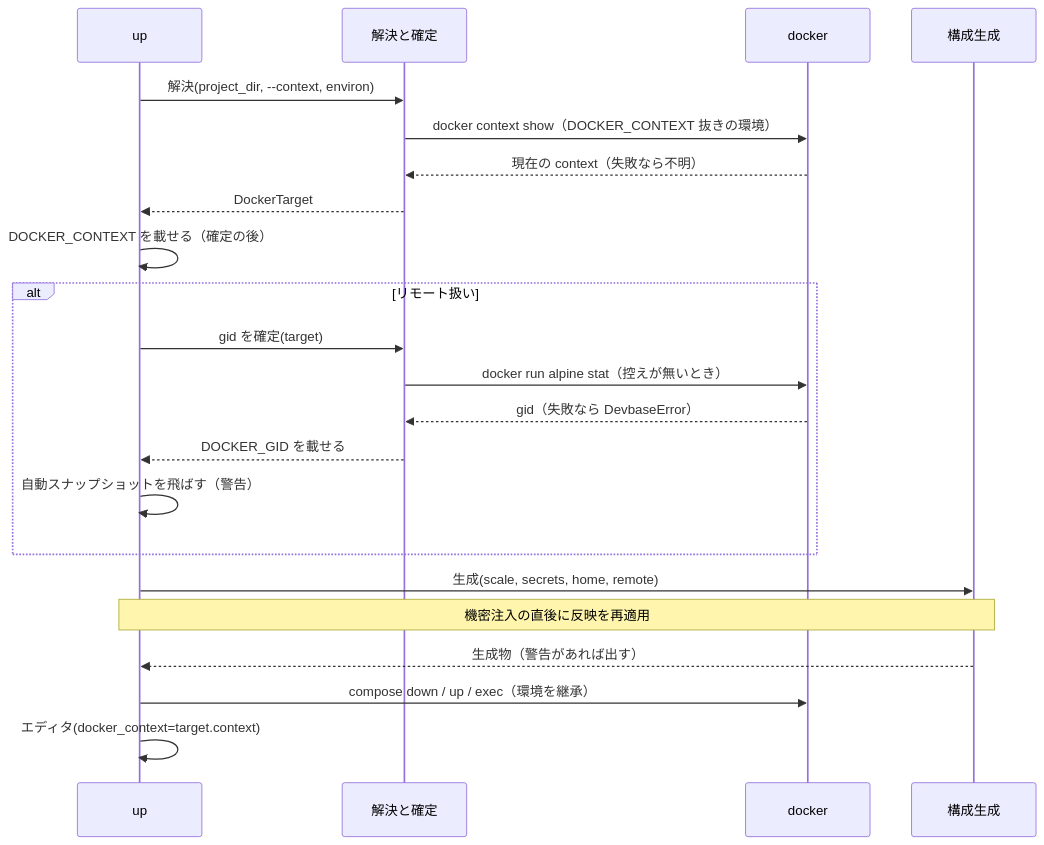
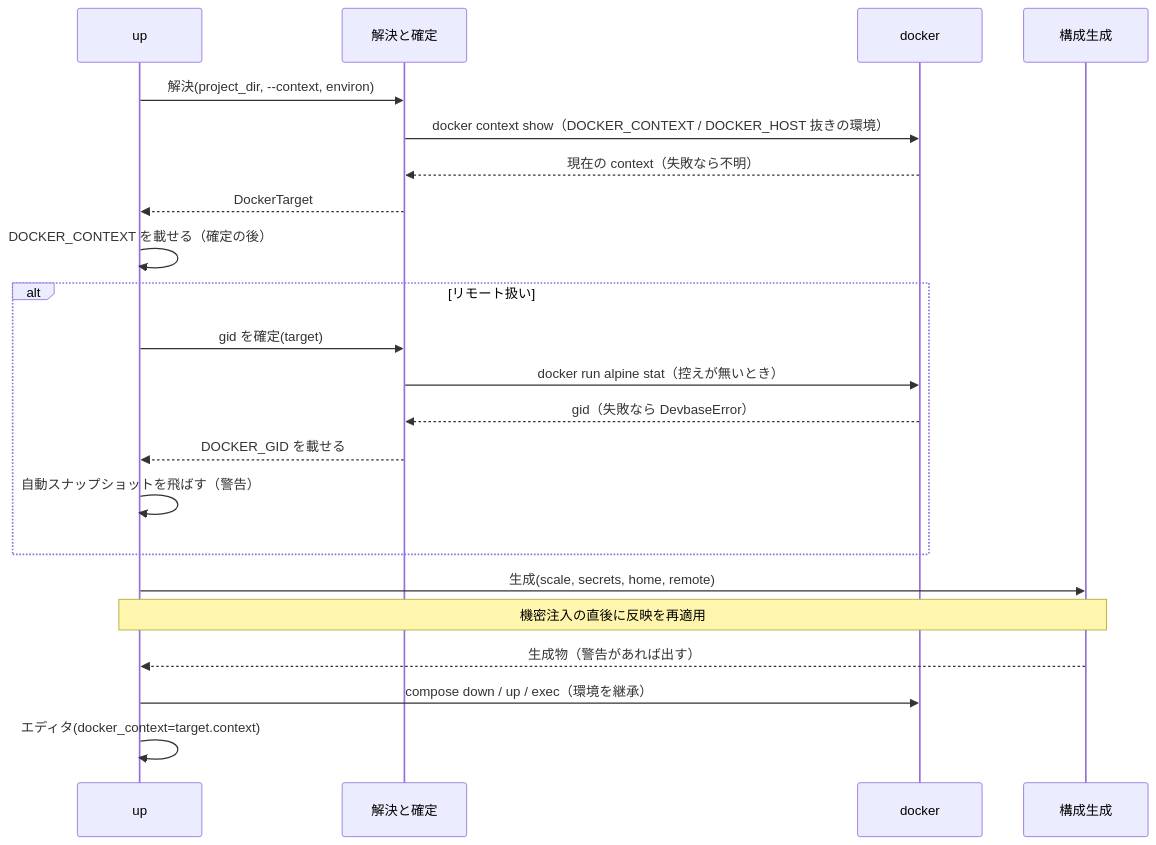
The sixth of 7 diagrams in issues/PLAN52_remote-docker-context-design.md (devbasex/devbase), drawn with Mermaid before and after one commit. The commit also changed other lines of this file and 2 other files, not shown here.

First line of the commit message:
docs(PLAN52): レビュー指摘を反映 (問い合わせ環境から DOCKER_HOST も外す・再適用の責務・呼び出し回数の条件)

````diff
--- a/issues/PLAN52_remote-docker-context-design.md
+++ b/issues/PLAN52_remote-docker-context-design.md
@@ -313,24 +313,24 @@
 ```mermaid
 sequenceDiagram
     participant U as up
     participant R as 解決と確定
     participant D as docker
     participant C as 構成生成
     U->>R: 解決(project_dir, --context, environ)
-    R->>D: docker context show（DOCKER_CONTEXT 抜きの環境）
+    R->>D: docker context show（DOCKER_CONTEXT / DOCKER_HOST 抜きの環境）
     D-->>R: 現在の context（失敗なら不明）
     R-->>U: DockerTarget
     U->>U: DOCKER_CONTEXT を載せる（確定の後）
     alt リモート扱い
         U->>R: gid を確定(target)
         R->>D: docker run alpine stat（控えが無いとき）
         D-->>R: gid（失敗なら DevbaseError）
         R-->>U: DOCKER_GID を載せる
         U->>U: 自動スナップショットを飛ばす（警告）
     end
     U->>C: 生成(scale, secrets, home, remote)
     Note over U,C: 機密注入の直後に反映を再適用
     C-->>U: 生成物（警告があれば出す）
     U->>D: compose down / up / exec（環境を継承）
     U->>U: エディタ(docker_context=target.context)
 ```
````
